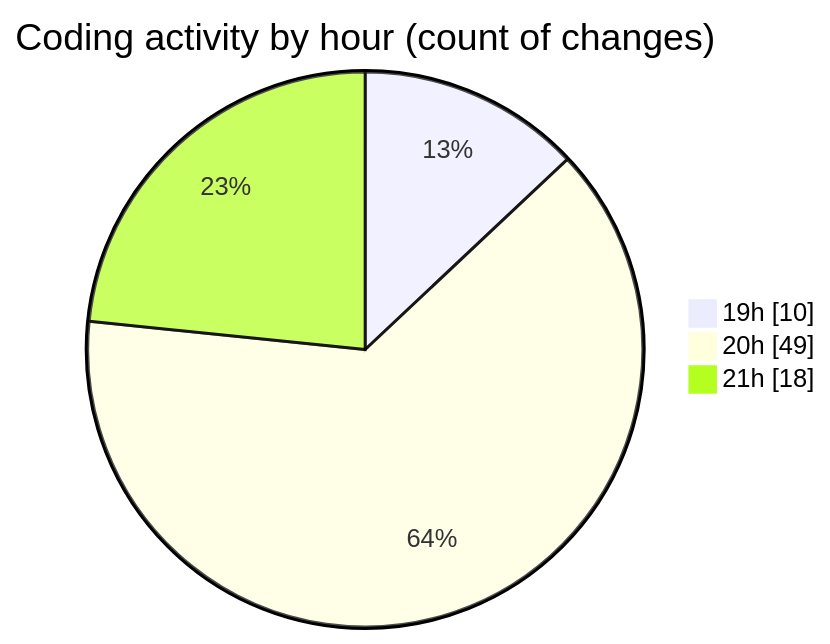
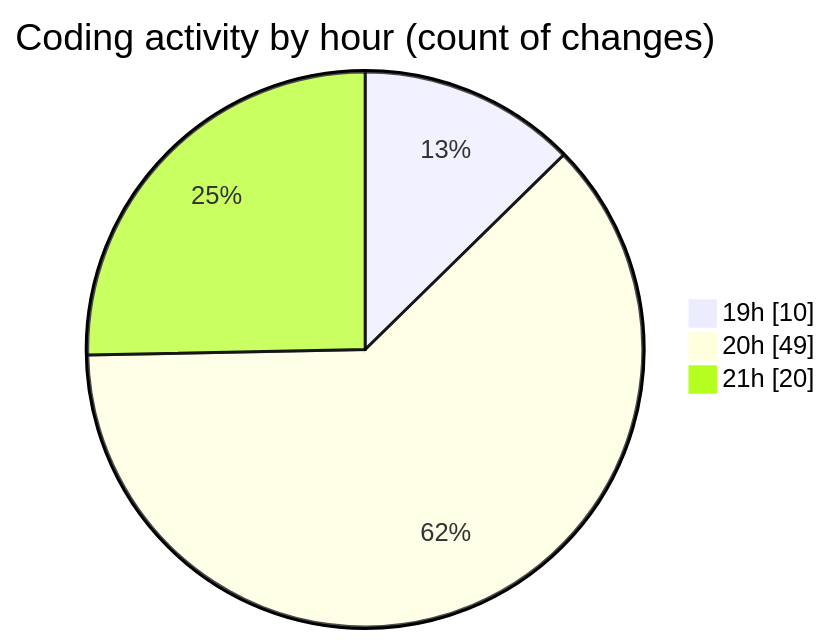
Before and after one commit to charlie-sans/code-tracking: the second of 2 diagrams in 2025-01-28/trollerboard/README.md, drawn with Mermaid. The commit also changed other lines of this file and 1 other file, not shown here.

````diff
--- a/2025-01-28/trollerboard/README.md
+++ b/2025-01-28/trollerboard/README.md
@@ -42,7 +42,7 @@
 ```mermaid
 pie showData
 title Coding activity by hour (count of changes)
 "19h" : 10
 "20h" : 49
-"21h" : 18
+"21h" : 20
 ```
````
